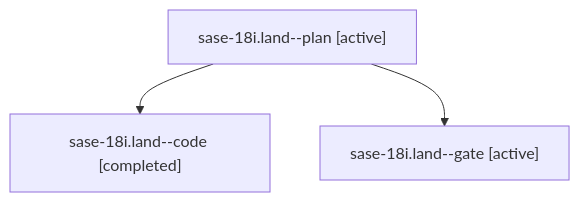
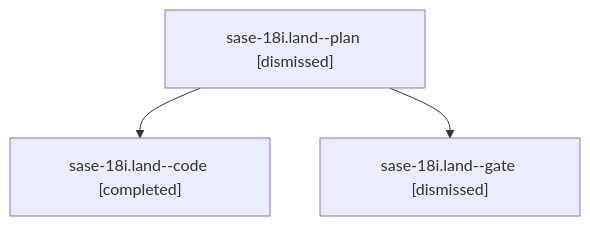
The diagram in sessions/bbugyi200.athena.sase-18i.land.md (sase-org/sase--agents), drawn with Mermaid before and after one commit. The commit also changed other lines of this file and 99 other files, not shown here.

````diff
--- a/sessions/bbugyi200.athena.sase-18i.land.md
+++ b/sessions/bbugyi200.athena.sase-18i.land.md
@@ -9,8 +9,8 @@
 ```mermaid
 flowchart TD
-  n0["sase-18i.land--plan [active]"]
+  n0["sase-18i.land--plan [dismissed]"]
   n1["sase-18i.land--code [completed]"]
   n0 --> n1
-  n2["sase-18i.land--gate [active]"]
+  n2["sase-18i.land--gate [dismissed]"]
   n0 --> n2
 ```
````
